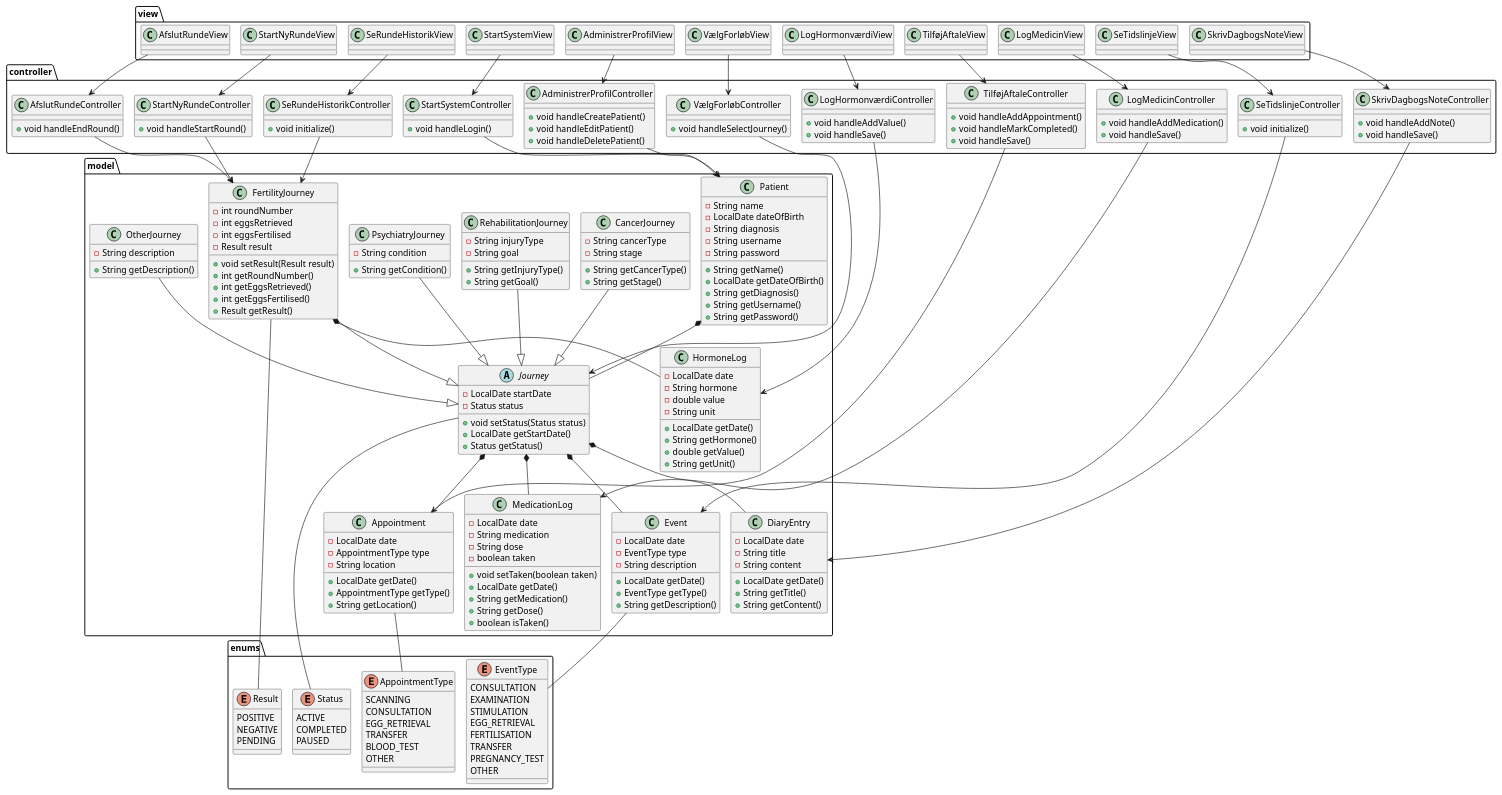
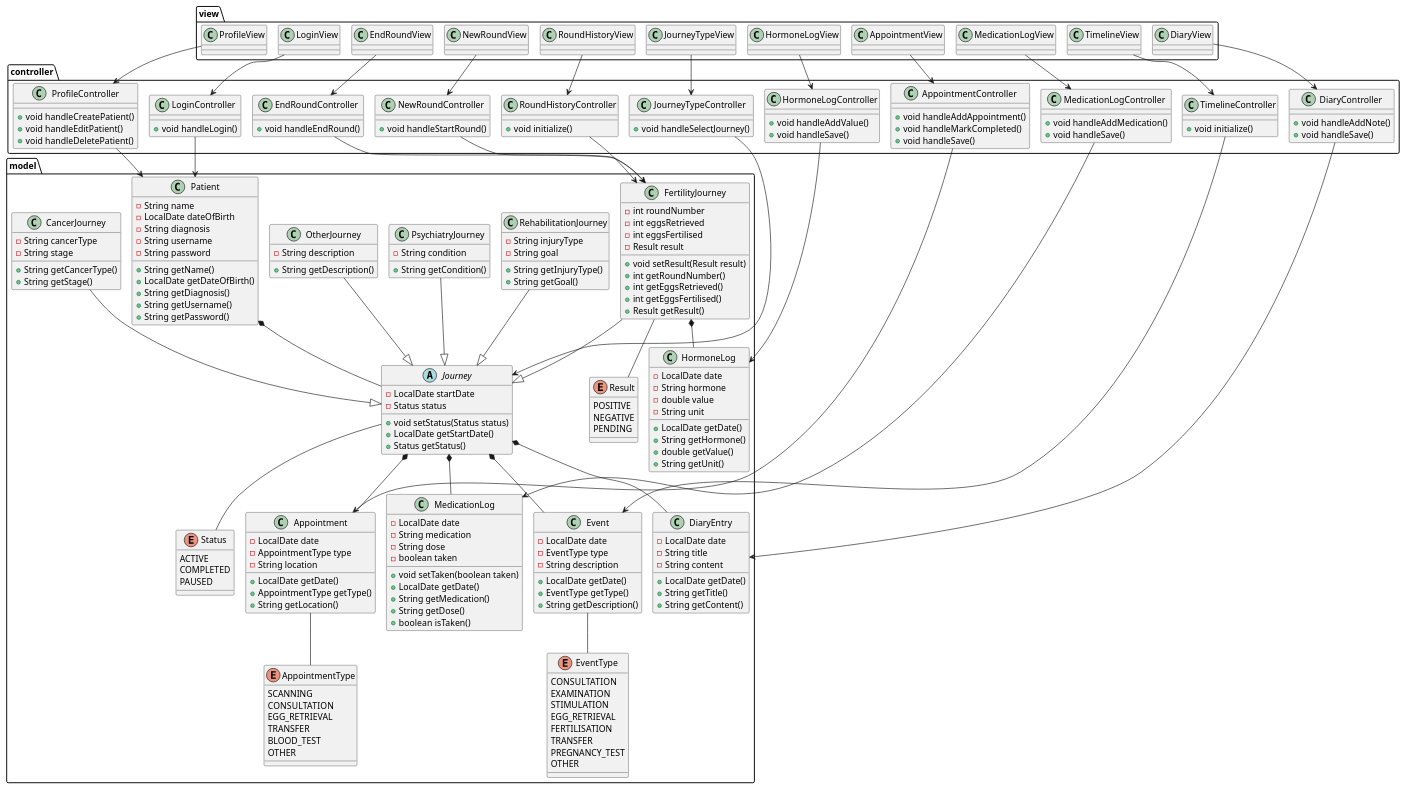
Before and after one commit to BesimaP/SP4---MiniSP: the diagram in doc/static/Klassediagram3.puml, drawn with PlantUML. The commit also changed 2 other files, not shown here.

Commit message:
AppointmentController & NewRoundController er oprettet, klassediagram opdateret

```diff
--- a/doc/static/Klassediagram3.puml
+++ b/doc/static/Klassediagram3.puml
@@ -108,76 +108,7 @@
     + String getTitle()
     + String getContent()
   }
-}
 
-package "view" {
-  class StartSystemView
-  class AdministrerProfilView
-  class VælgForløbView
-  class StartNyRundeView
-  class TilføjAftaleView
-  class LogHormonværdiView
-  class LogMedicinView
-  class SeTidslinjeView
-  class SkrivDagbogsNoteView
-  class SeRundeHistorikView
-  class AfslutRundeView
-}
-
-package "controller" {
-  class StartSystemController {
-    + void handleLogin()
-  }
-
-  class AdministrerProfilController {
-    + void handleCreatePatient()
-    + void handleEditPatient()
-    + void handleDeletePatient()
-  }
-
-  class VælgForløbController {
-    + void handleSelectJourney()
-  }
-
-  class StartNyRundeController {
-    + void handleStartRound()
-  }
-
-  class TilføjAftaleController {
-    + void handleAddAppointment()
-    + void handleMarkCompleted()
-    + void handleSave()
-  }
-
-  class LogHormonværdiController {
-    + void handleAddValue()
-    + void handleSave()
-  }
-
-  class LogMedicinController {
-    + void handleAddMedication()
-    + void handleSave()
-  }
-
-  class SeTidslinjeController {
-    + void initialize()
-  }
-
-  class SkrivDagbogsNoteController {
-    + void handleAddNote()
-    + void handleSave()
-  }
-
-  class SeRundeHistorikController {
-    + void initialize()
-  }
-
-  class AfslutRundeController {
-    + void handleEndRound()
-  }
-}
-
-package "enums" {
   enum Status {
     ACTIVE
     COMPLETED
@@ -211,31 +142,98 @@
   }
 }
 
+package "view" {
+  class LoginView
+  class ProfileView
+  class JourneyTypeView
+  class NewRoundView
+  class AppointmentView
+  class HormoneLogView
+  class MedicationLogView
+  class TimelineView
+  class DiaryView
+  class RoundHistoryView
+  class EndRoundView
+}
+
+package "controller" {
+  class LoginController {
+    + void handleLogin()
+  }
+
+  class ProfileController {
+    + void handleCreatePatient()
+    + void handleEditPatient()
+    + void handleDeletePatient()
+  }
+
+  class JourneyTypeController {
+    + void handleSelectJourney()
+  }
+
+  class NewRoundController {
+    + void handleStartRound()
+  }
+
+  class AppointmentController {
+    + void handleAddAppointment()
+    + void handleMarkCompleted()
+    + void handleSave()
+  }
+
+  class HormoneLogController {
+    + void handleAddValue()
+    + void handleSave()
+  }
+
+  class MedicationLogController {
+    + void handleAddMedication()
+    + void handleSave()
+  }
+
+  class TimelineController {
+    + void initialize()
+  }
+
+  class DiaryController {
+    + void handleAddNote()
+    + void handleSave()
+  }
+
+  class RoundHistoryController {
+    + void initialize()
+  }
+
+  class EndRoundController {
+    + void handleEndRound()
+  }
+}
+
 ' VIEW -> CONTROLLER
-StartSystemView --> StartSystemController
-AdministrerProfilView --> AdministrerProfilController
-VælgForløbView --> VælgForløbController
-StartNyRundeView --> StartNyRundeController
-TilføjAftaleView --> TilføjAftaleController
-LogHormonværdiView --> LogHormonværdiController
-LogMedicinView --> LogMedicinController
-SeTidslinjeView --> SeTidslinjeController
-SkrivDagbogsNoteView --> SkrivDagbogsNoteController
-SeRundeHistorikView --> SeRundeHistorikController
-AfslutRundeView --> AfslutRundeController
+LoginView --> LoginController
+ProfileView --> ProfileController
+JourneyTypeView --> JourneyTypeController
+NewRoundView --> NewRoundController
+AppointmentView --> AppointmentController
+HormoneLogView --> HormoneLogController
+MedicationLogView --> MedicationLogController
+TimelineView --> TimelineController
+DiaryView --> DiaryController
+RoundHistoryView --> RoundHistoryController
+EndRoundView --> EndRoundController
 
 ' CONTROLLER -> MODEL
-StartSystemController --> Patient
-AdministrerProfilController --> Patient
-VælgForløbController --> Journey
-StartNyRundeController --> FertilityJourney
-TilføjAftaleController --> Appointment
-LogHormonværdiController --> HormoneLog
-LogMedicinController --> MedicationLog
-SeTidslinjeController --> Event
-SkrivDagbogsNoteController --> DiaryEntry
-SeRundeHistorikController --> FertilityJourney
-AfslutRundeController --> FertilityJourney
+LoginController --> Patient
+ProfileController --> Patient
+JourneyTypeController --> Journey
+NewRoundController --> FertilityJourney
+AppointmentController --> Appointment
+HormoneLogController --> HormoneLog
+MedicationLogController --> MedicationLog
+TimelineController --> Event
+DiaryController --> DiaryEntry
+RoundHistoryController --> FertilityJourney
+EndRoundController --> FertilityJourney
 
 ' INHERITANCE
 FertilityJourney --|> Journey
```
